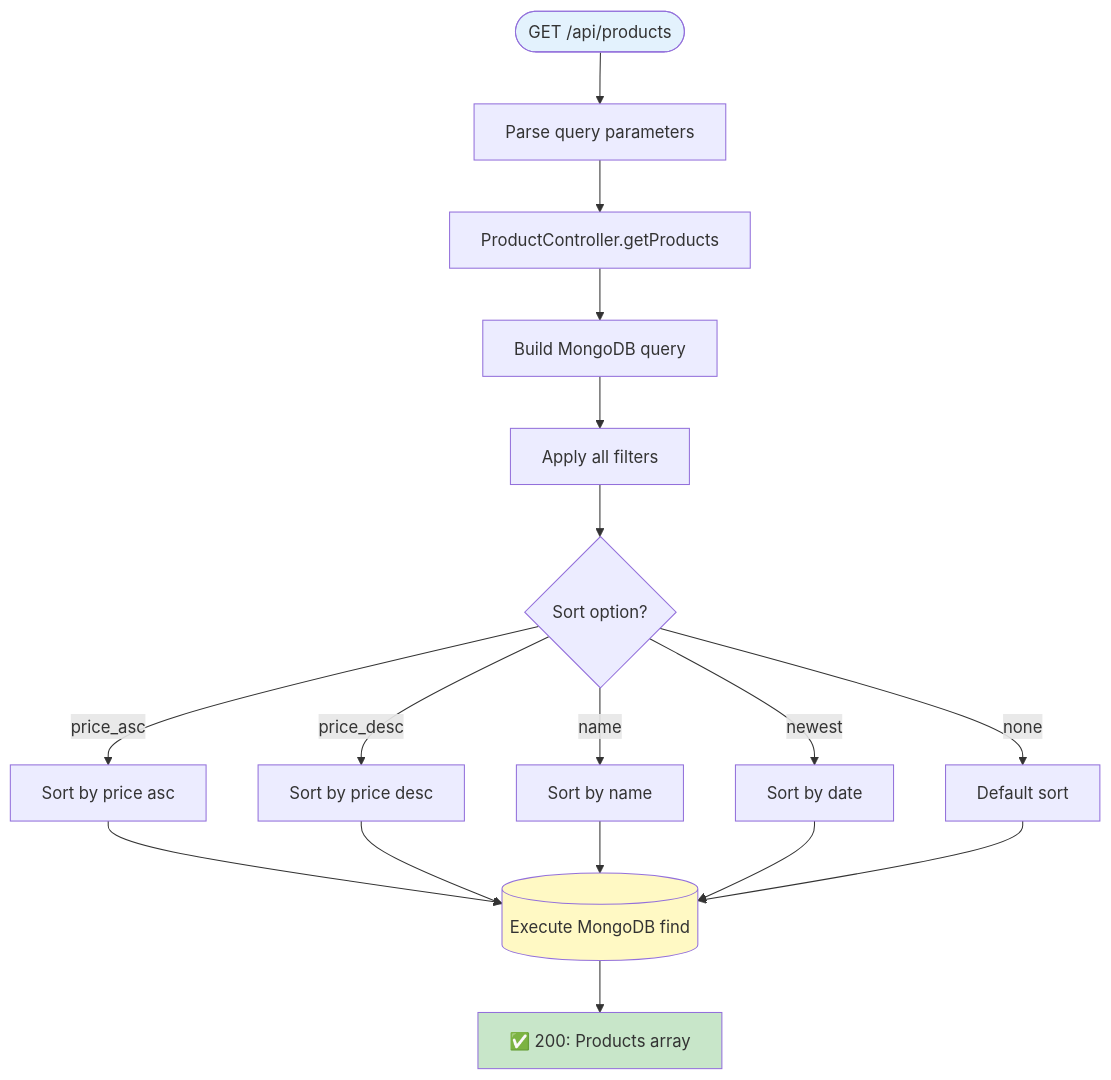
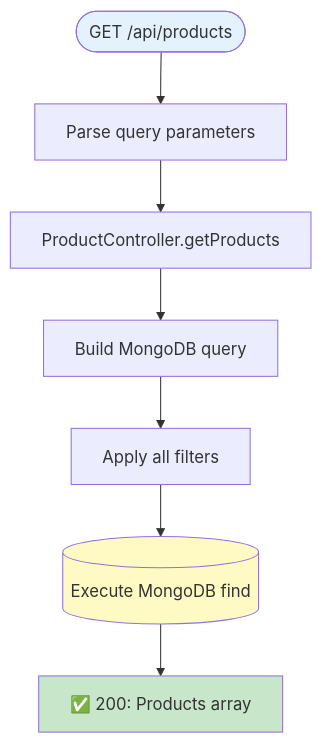
One commit to shmuelkapiloff/simple- changed the eighth of 11 diagrams in docs/SERVER_ENDPOINTS_MAP.md. Above: the diagram before and after it, drawn with Mermaid. The commit also changed other lines of this file and 1 other file, not shown here.

Commit message:
fix: Repair broken Mermaid diagrams - remove malformed syntax and incomplete code blocks

````diff
--- a/docs/SERVER_ENDPOINTS_MAP.md
+++ b/docs/SERVER_ENDPOINTS_MAP.md
@@ -1083,27 +521,15 @@
 ```mermaid
 flowchart TD
     Request([GET /api/products]) --> ParseQuery[Parse query parameters]
     ParseQuery --> Controller[ProductController.getProducts]
     
     Controller --> BuildQuery[Build MongoDB query]
     BuildQuery --> ApplyFilters[Apply all filters]
     
-    ApplyFilters --> SortOptions{Sort option?}
-    SortOptions -->|price_asc| SortPA[Sort by price asc]
-    SortOptions -->|price_desc| SortPD[Sort by price desc]
-    SortOptions -->|name| SortN[Sort by name]
-    SortOptions -->|newest| SortD[Sort by date]
-    SortOptions -->|none| SortDefault[Default sort]
-    
-    SortPA --> ExecuteQuery[(Execute MongoDB find)]
-    SortPD --> ExecuteQuery
-    SortN --> ExecuteQuery
-    SortD --> ExecuteQuery
-    SortDefault --> ExecuteQuery
-    
+    ApplyFilters --> ExecuteQuery[(Execute MongoDB find)]
     ExecuteQuery --> Return200["✅ 200: Products array"]
     
     style Request fill:#e3f2fd
     style Return200 fill:#c8e6c9
     style ExecuteQuery fill:#fff9c4
 ```
````
